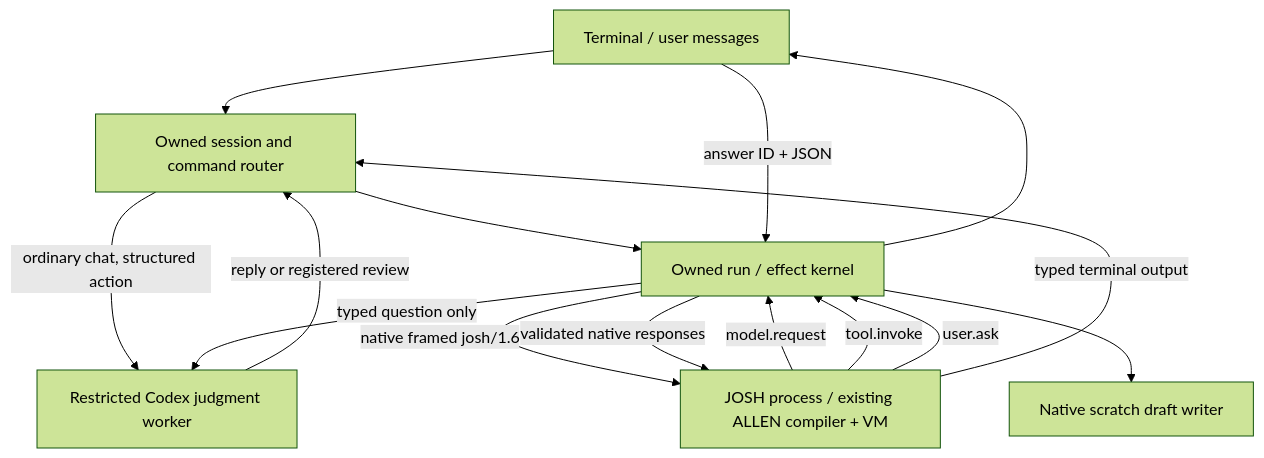
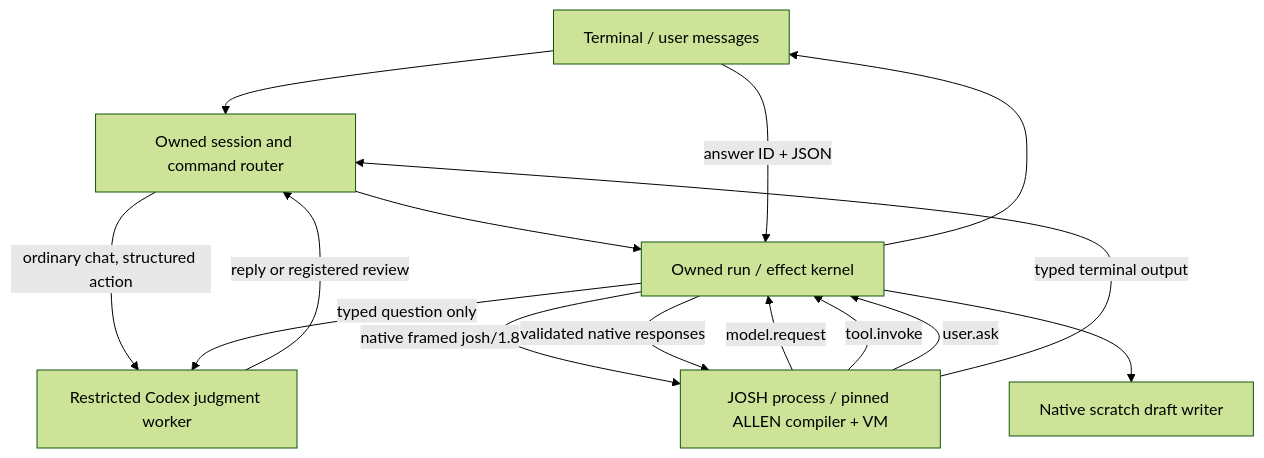
Before and after one commit to mcreenan/shout: the diagram in prototypes/owned/README.md, drawn with Mermaid (forest theme). The commit also changed other lines of this file and 111 other files, not shown here.

````diff
--- a/prototypes/owned/README.md
+++ b/prototypes/owned/README.md
@@ -50,17 +50,17 @@
 ```mermaid
 flowchart TD
   Human[Terminal / user messages] --> Session[Owned session and command router]
   Session -->|ordinary chat, structured action| Model[Restricted Codex judgment worker]
   Model -->|reply or registered review| Session
   Session --> Kernel[Owned run / effect kernel]
-  Kernel -->|native framed josh/1.6| Josh[JOSH process / existing ALLEN compiler + VM]
+  Kernel -->|native framed josh/1.8| Josh[JOSH process / pinned ALLEN compiler + VM]
   Josh -->|model.request| Kernel
   Kernel -->|typed question only| Model
   Josh -->|tool.invoke| Kernel
   Kernel --> Draft[Native scratch draft writer]
   Josh -->|user.ask| Kernel
   Kernel --> Human
   Human -->|answer ID + JSON| Kernel
   Kernel -->|validated native responses| Josh
   Josh -->|typed terminal output| Session
 ```
````
